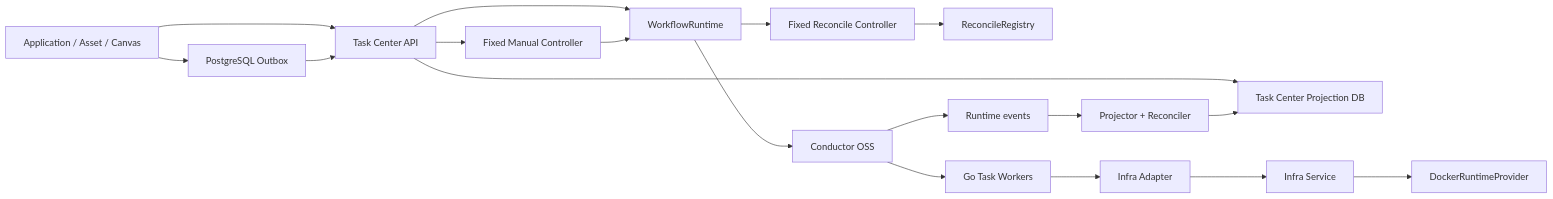
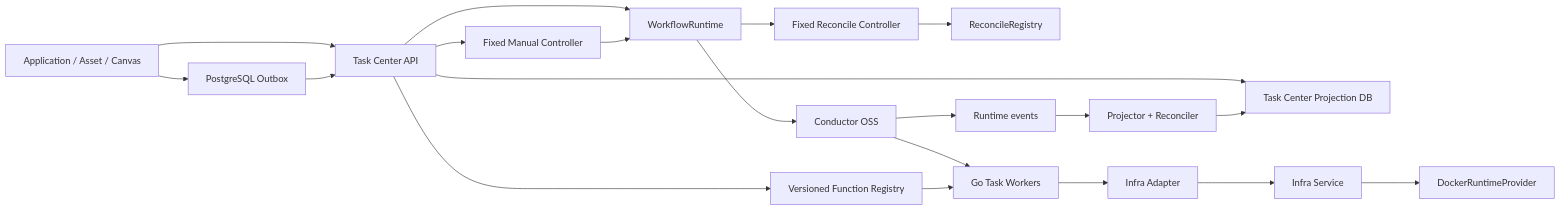
The diagram in 02_architecture/domains/task-center.md (wangweihong/omnimam-spec), drawn with Mermaid before and after one commit. The commit also changed other lines of this file and 38 other files, not shown here.

````diff
--- a/02_architecture/domains/task-center.md
+++ b/02_architecture/domains/task-center.md
@@ -7,20 +7,22 @@
 ```mermaid
 flowchart LR
   Producers["Application / Asset / Canvas"] --> API["Task Center API"]
   Producers --> Outbox["PostgreSQL Outbox"]
   Outbox --> API
   API --> DB["Task Center Projection DB"]
+  API --> Functions["Versioned Function Registry"]
   API --> Runtime["WorkflowRuntime"]
   API --> Manual["Fixed Manual Controller"]
   Manual --> Runtime
   Runtime --> Reconcile["Fixed Reconcile Controller"]
   Reconcile --> Registry["ReconcileRegistry"]
   Runtime --> Conductor["Conductor OSS"]
   Conductor --> Workers["Go Task Workers"]
+  Functions --> Workers
   Workers --> Adapter["Infra Adapter"]
   Adapter --> Infra["Infra Service"]
   Infra --> Docker["DockerRuntimeProvider"]
   Conductor --> Events["Runtime events"]
   Events --> Projector["Projector + Reconciler"]
   Projector --> DB
 ```
````
